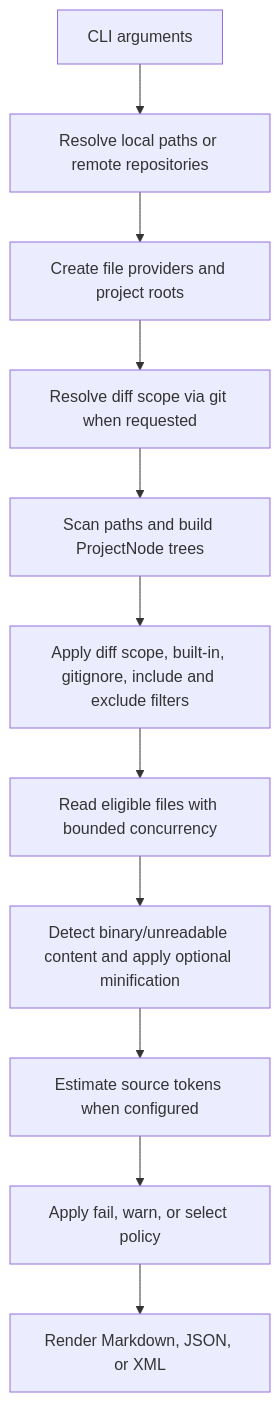
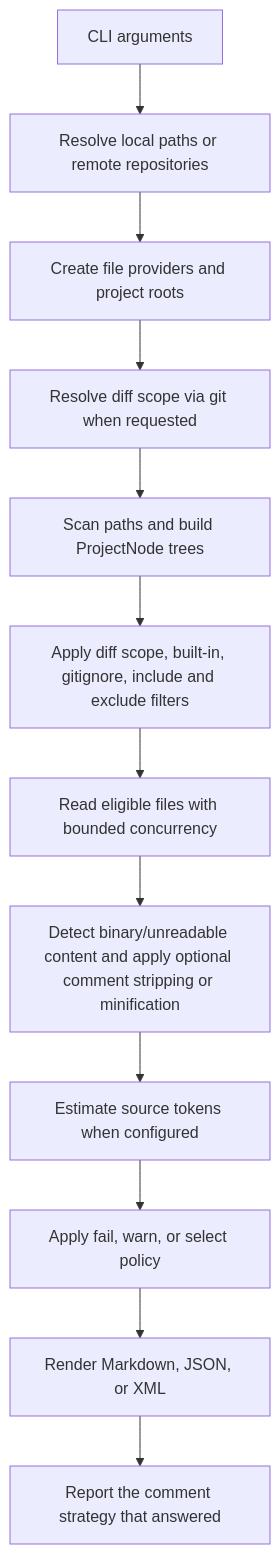
Before and after one commit to blowin/Plutus: the diagram in docs/ARCHITECTURE.md, drawn with Mermaid. The commit also changed other lines of this file and 59 other files, not shown here.

Commit message:
Project: Implemented comment stripping (#48)

````diff
--- a/docs/ARCHITECTURE.md
+++ b/docs/ARCHITECTURE.md
@@ -16,13 +16,14 @@
 ```mermaid
 flowchart TD
     A[CLI arguments] --> B[Resolve local paths or remote repositories]
     B --> C[Create file providers and project roots]
     C --> D[Resolve diff scope via git when requested]
     D --> E[Scan paths and build ProjectNode trees]
     E --> F[Apply diff scope, built-in, gitignore, include and exclude filters]
     F --> G[Read eligible files with bounded concurrency]
-    G --> H[Detect binary/unreadable content and apply optional minification]
+    G --> H[Detect binary/unreadable content and apply optional comment stripping or minification]
     H --> I[Estimate source tokens when configured]
     I --> J[Apply fail, warn, or select policy]
     J --> K[Render Markdown, JSON, or XML]
+    K --> L[Report the comment strategy that answered]
 ```
````
